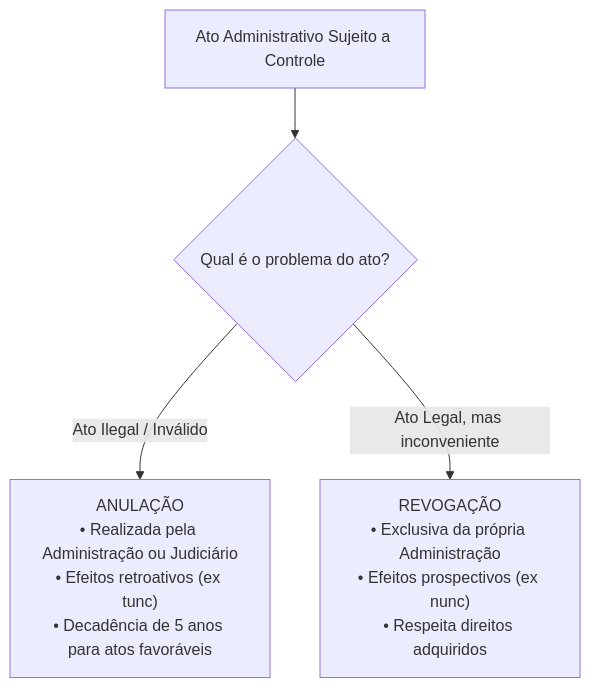
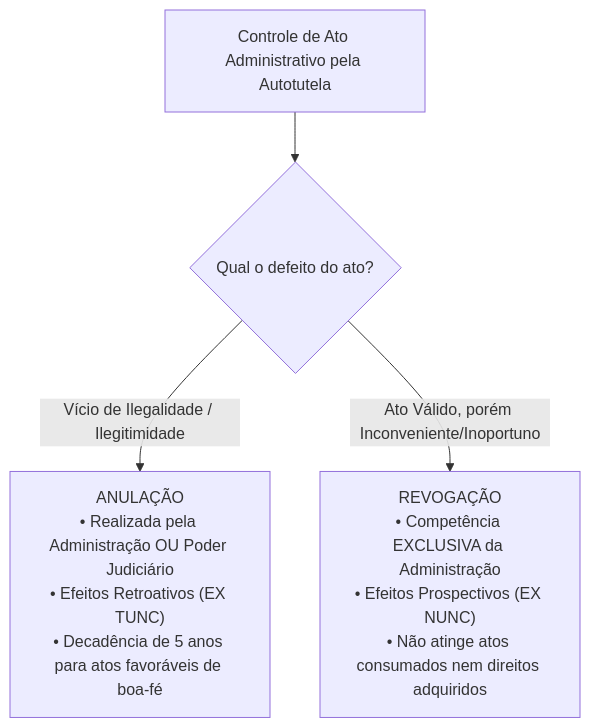
The third of 3 diagrams in fontes_de_estudo/conhecimentos_especificos_a01_tecnico_administrativo/15_nocoes_de_direito_administrativo/01_regime_juridico_principios_e_lindb.md (thiagosantos346/TCE-GO-2027), drawn with Mermaid before and after one commit. The commit also changed other lines of this file and 119 other files, not shown here.

````diff
--- a/fontes_de_estudo/conhecimentos_especificos_a01_tecnico_administrativo/15_nocoes_de_direito_administrativo/01_regime_juridico_principios_e_lindb.md
+++ b/fontes_de_estudo/conhecimentos_especificos_a01_tecnico_administrativo/15_nocoes_de_direito_administrativo/01_regime_juridico_principios_e_lindb.md
@@ -104,6 +200,8 @@
 ```mermaid
 flowchart TD
-    AT["Ato Administrativo Sujeito a Controle"] --> DEC{"Qual é o problema do ato?"}
-    DEC -->|"Ato Ilegal / Inválido"| AN["ANULAÇÃO<br/>• Realizada pela Administração ou Judiciário<br/>• Efeitos retroativos (ex tunc)<br/>• Decadência de 5 anos para atos favoráveis"]
-    DEC -->|"Ato Legal, mas inconveniente"| REV["REVOGAÇÃO<br/>• Exclusiva da própria Administração<br/>• Efeitos prospectivos (ex nunc)<br/>• Respeita direitos adquiridos"]
+    Ato["Controle de Ato Administrativo pela Autotutela"] --> Decisao{"Qual o defeito do ato?"}
+    
+    Decisao -- "Vício de Ilegalidade / Ilegitimidade" --> Anul["ANULAÇÃO<br/>• Realizada pela Administração OU Poder Judiciário<br/>• Efeitos Retroativos (EX TUNC)<br/>• Decadência de 5 anos para atos favoráveis de boa-fé"]
+    
+    Decisao -- "Ato Válido, porém Inconveniente/Inoportuno" --> Rev["REVOGAÇÃO<br/>• Competência EXCLUSIVA da Administração<br/>• Efeitos Prospectivos (EX NUNC)<br/>• Não atinge atos consumados nem direitos adquiridos"]
 ```
````
